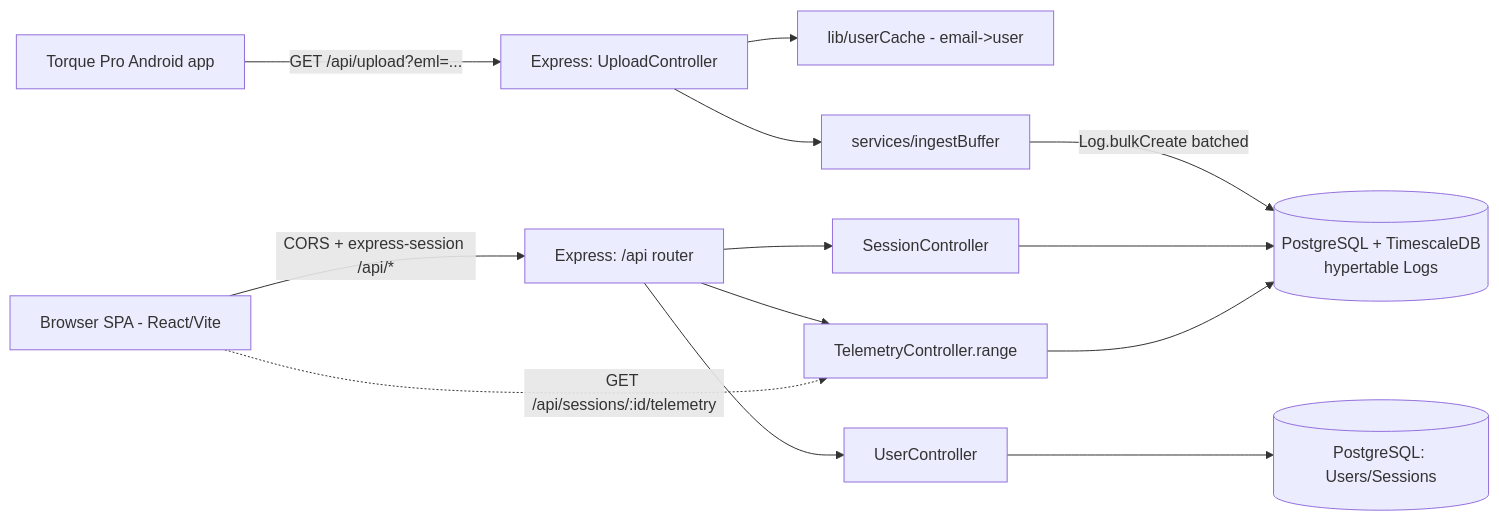
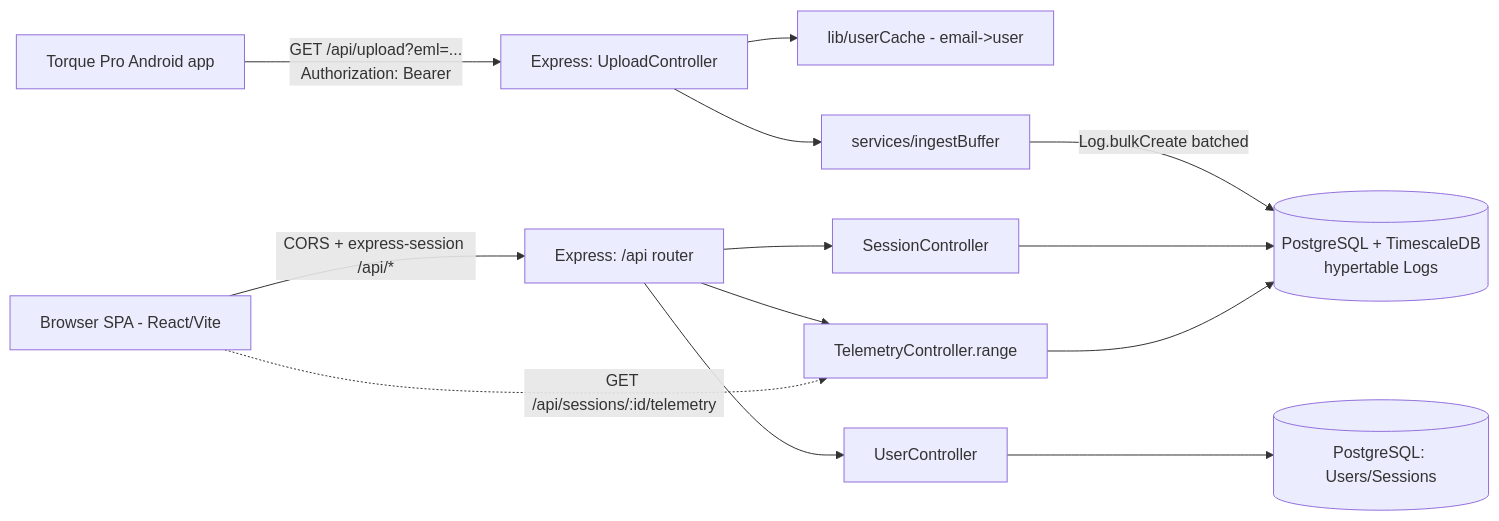
One commit to moesix/torque-dash-next changed the diagram in docs/architecture.md. Above: the diagram before and after it, drawn with Mermaid. The commit also changed other lines of this file and 5 other files, not shown here.

First line of the commit message:
docs: require upload API token in 2026 security baseline

````diff
--- a/docs/architecture.md
+++ b/docs/architecture.md
@@ -19,18 +20,18 @@
 ```mermaid
 flowchart LR
-    TP[Torque Pro Android app] -->|GET /api/upload?eml=...| ING[Express: UploadController]
+    TP[Torque Pro Android app] -->|GET /api/upload?eml=...<br/>Authorization: Bearer| ING[Express: UploadController]
     BR[Browser SPA - React/Vite] -->|CORS + express-session /api/*| API[Express: /api router]
 
     ING --> UC[lib/userCache - email->user]
     ING --> IB[services/ingestBuffer]
     IB -->|Log.bulkCreate batched| DB[(PostgreSQL + TimescaleDB<br/>hypertable Logs)]
 
     API --> SC[SessionController]
     API --> TC[TelemetryController.range]
     API --> USR[UserController]
     SC --> DB
     TC --> DB
     USR --> UDB[(PostgreSQL: Users/Sessions)]
 
     BR -.->|GET /api/sessions/:id/telemetry| TC
 ```
````
